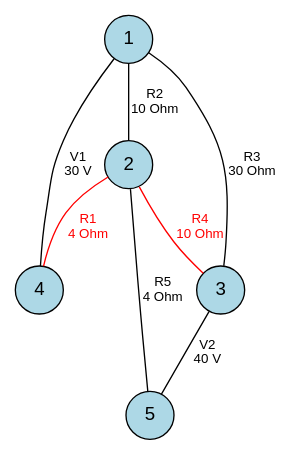
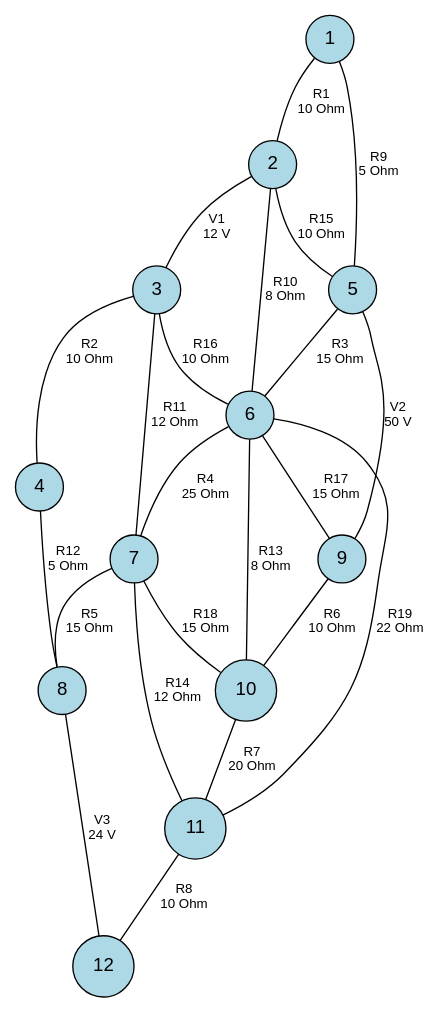
One commit to francescofoglia0/CircuitsProject changed the diagram in BuildProject/prova.dot. Above: the diagram before and after it, drawn with Graphviz. The commit also changed 28 other files, not shown here.

```diff
--- a/BuildProject/prova.dot
+++ b/BuildProject/prova.dot
@@ -1,13 +1,28 @@
 graph Circuito {
     // Stile dei nodi e degli archi
     node [shape=circle, style=filled, fillcolor=lightblue, fontname="Helvetica"];
     edge [fontname="Helvetica", fontsize=10];
 
-    1 -- 2 [label="R2\n10 Ohm"];
-    1 -- 3 [label="R3\n30 Ohm"];
-    1 -- 4 [label="V1\n30 V"];
-    2 -- 3 [label="R4\n10 Ohm", color="red", fontcolor="red"];
-    2 -- 4 [label="R1\n4 Ohm", color="red", fontcolor="red"];
-    2 -- 5 [label="R5\n4 Ohm"];
-    3 -- 5 [label="V2\n40 V"];
+    1 -- 2 [label="R1\n10 Ohm"];
+    1 -- 5 [label="R9\n5 Ohm"];
+    2 -- 3 [label="V1\n12 V"];
+    2 -- 5 [label="R15\n10 Ohm"];
+    2 -- 6 [label="R10\n8 Ohm"];
+    3 -- 4 [label="R2\n10 Ohm"];
+    3 -- 6 [label="R16\n10 Ohm"];
+    3 -- 7 [label="R11\n12 Ohm"];
+    4 -- 8 [label="R12\n5 Ohm"];
+    5 -- 6 [label="R3\n15 Ohm"];
+    5 -- 9 [label="V2\n50 V"];
+    6 -- 7 [label="R4\n25 Ohm"];
+    6 -- 9 [label="R17\n15 Ohm"];
+    6 -- 10 [label="R13\n8 Ohm"];
+    6 -- 11 [label="R19\n22 Ohm"];
+    7 -- 8 [label="R5\n15 Ohm"];
+    7 -- 10 [label="R18\n15 Ohm"];
+    7 -- 11 [label="R14\n12 Ohm"];
+    8 -- 12 [label="V3\n24 V"];
+    9 -- 10 [label="R6\n10 Ohm"];
+    10 -- 11 [label="R7\n20 Ohm"];
+    11 -- 12 [label="R8\n10 Ohm"];
 }
```
